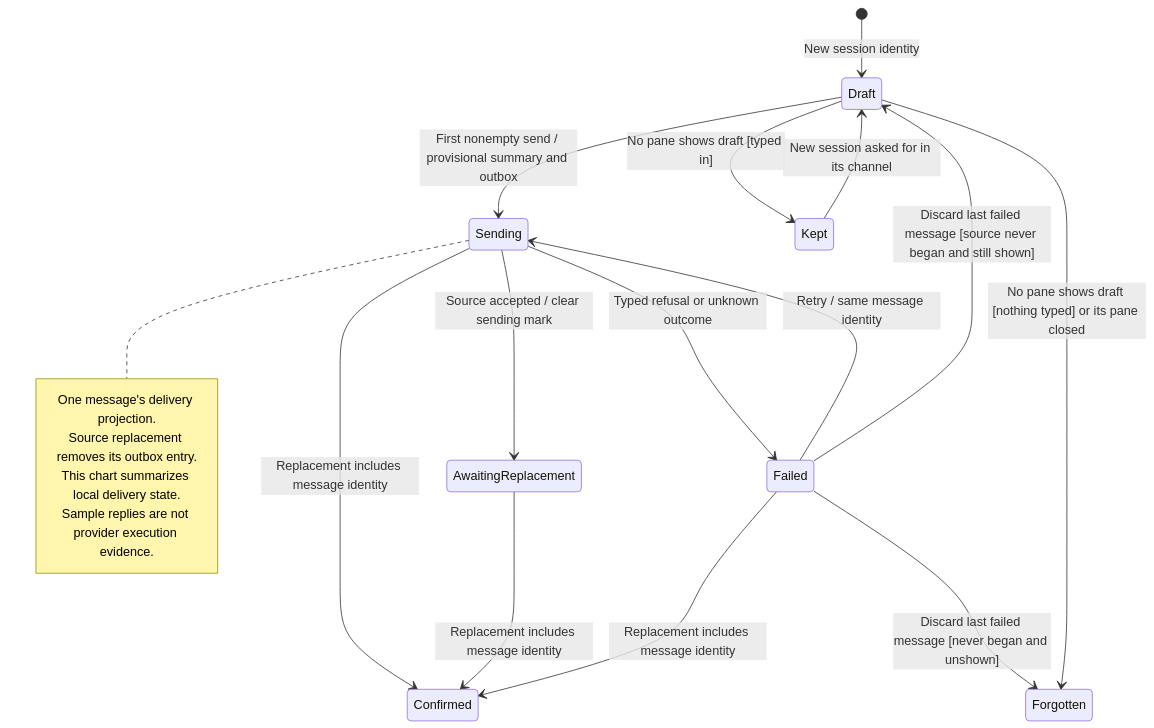
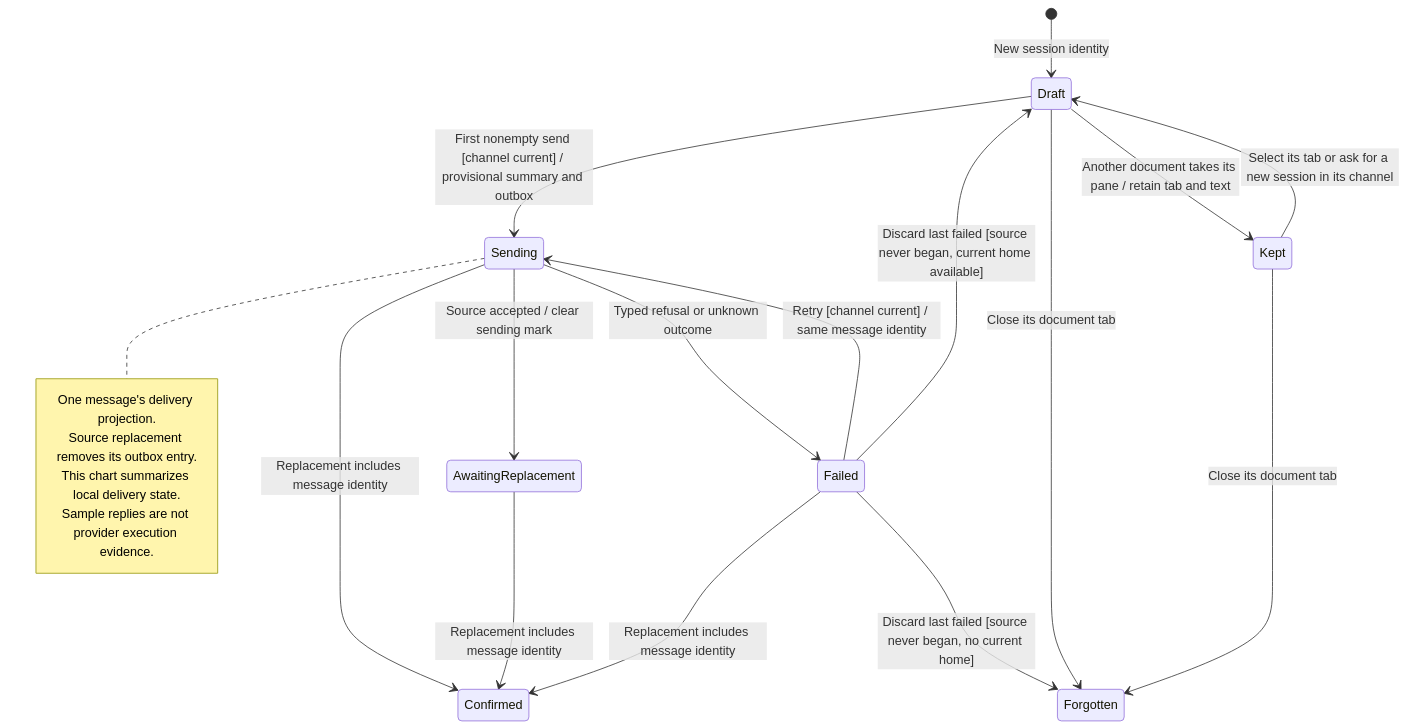
One commit to nessalabs/nessa-agent changed the diagram in docs/state/services/desktop/workspace/start-a-workspace-session-send-and-retry.md. Above: the diagram before and after it, drawn with Mermaid. The commit also changed other lines of this file and 9 other files, not shown here.

````diff
--- a/docs/state/services/desktop/workspace/start-a-workspace-session-send-and-retry.md
+++ b/docs/state/services/desktop/workspace/start-a-workspace-session-send-and-retry.md
@@ -27,22 +37,23 @@
 ```mermaid
 stateDiagram-v2
     [*] --> Draft: New session identity
-    Draft --> Sending: First nonempty send / provisional summary and outbox
+    Draft --> Sending: First nonempty send [channel current] / provisional summary and outbox
     Sending --> AwaitingReplacement: Source accepted / clear sending mark
     Sending --> Failed: Typed refusal or unknown outcome
-    Failed --> Sending: Retry / same message identity
-    Failed --> Draft: Discard last failed message [source never began and still shown]
-    Failed --> Forgotten: Discard last failed message [never began and unshown]
+    Failed --> Sending: Retry [channel current] / same message identity
+    Failed --> Draft: Discard last failed [source never began, current home available]
+    Failed --> Forgotten: Discard last failed [source never began, no current home]
     Sending --> Confirmed: Replacement includes message identity
     AwaitingReplacement --> Confirmed: Replacement includes message identity
     Failed --> Confirmed: Replacement includes message identity
-    Draft --> Forgotten: No pane shows draft [nothing typed] or its pane closed
-    Draft --> Kept: No pane shows draft [typed in]
-    Kept --> Draft: New session asked for in its channel
+    Draft --> Kept: Another document takes its pane / retain tab and text
+    Draft --> Forgotten: Close its document tab
+    Kept --> Draft: Select its tab or ask for a new session in its channel
+    Kept --> Forgotten: Close its document tab
     note right of Sending
         One message's delivery projection.
         Source replacement removes its outbox entry.
         This chart summarizes local delivery state.
         Sample replies are not provider execution evidence.
     end note
 ```
````
